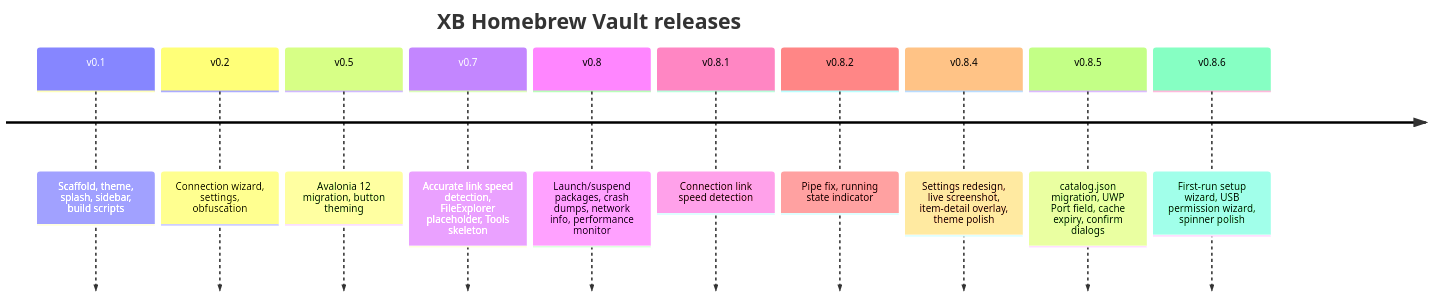
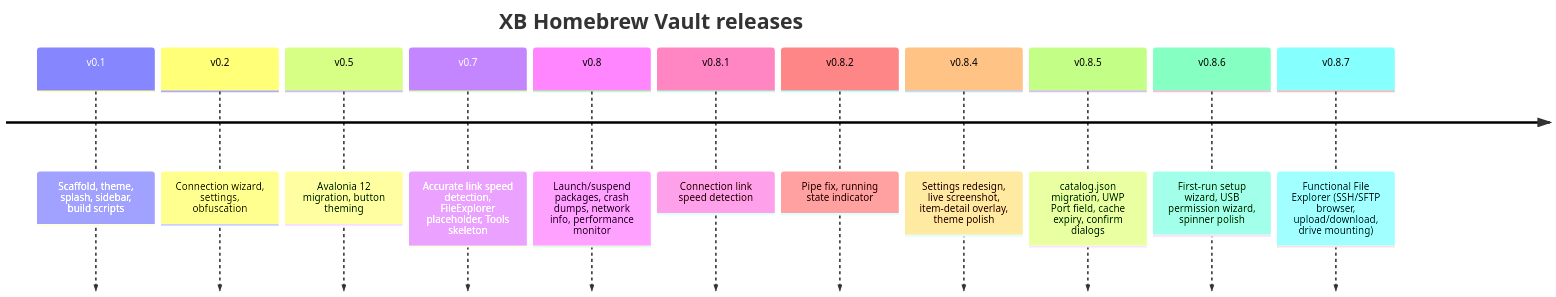
The first of 3 diagrams in docs/roadmap.md (marcelofrau/xb-homebrew-vault), drawn with Mermaid before and after one commit. The commit also changed other lines of this file and 29 other files, not shown here.

````diff
--- a/docs/roadmap.md
+++ b/docs/roadmap.md
@@ -18,14 +18,15 @@
 ```mermaid
 timeline
     title XB Homebrew Vault releases
     v0.1 : Scaffold, theme, splash, sidebar, build scripts
     v0.2 : Connection wizard, settings, obfuscation
     v0.5 : Avalonia 12 migration, button theming
     v0.7 : Accurate link speed detection, FileExplorer placeholder, Tools skeleton
     v0.8 : Launch/suspend packages, crash dumps, network info, performance monitor
     v0.8.1 : Connection link speed detection
     v0.8.2 : Pipe fix, running state indicator
     v0.8.4 : Settings redesign, live screenshot, item-detail overlay, theme polish
     v0.8.5 : catalog.json migration, UWP Port field, cache expiry, confirm dialogs
     v0.8.6 : First-run setup wizard, USB permission wizard, spinner polish
+    v0.8.7 : Functional File Explorer (SSH/SFTP browser, upload/download, drive mounting)
 ```
````
